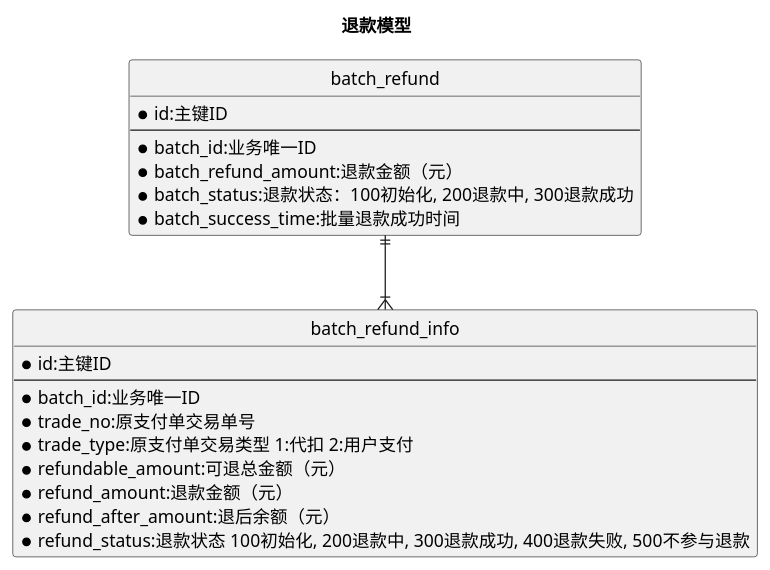
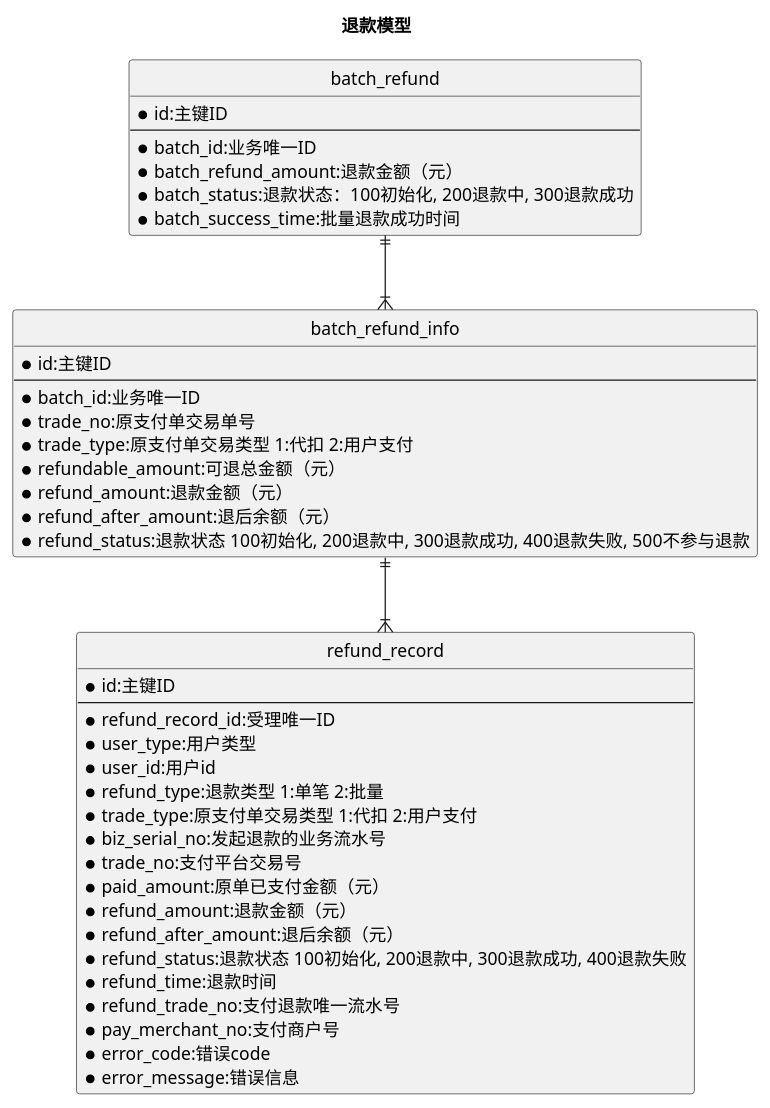
One commit to dictionaryshi/wxjj changed the diagram in diagram/EntityDemo.puml. Above: the diagram before and after it, drawn with PlantUML.

Commit message:
EntityDemo.puml

```diff
--- a/diagram/EntityDemo.puml
+++ b/diagram/EntityDemo.puml
@@ -1,35 +1,58 @@
 @startuml
 
 title 退款模型
 
 '隐藏类标'
 hide circle
 
 '使用直线'
 skinparam linetype ortho
 
 entity "batch_refund" {
 *id:主键ID
 --
 *batch_id:业务唯一ID
 *batch_refund_amount:退款金额（元）
 *batch_status:退款状态：100初始化, 200退款中, 300退款成功
 *batch_success_time:批量退款成功时间
 }
 
 entity "batch_refund_info" {
 *id:主键ID
 --
 *batch_id:业务唯一ID
 *trade_no:原支付单交易单号
 *trade_type:原支付单交易类型 1:代扣 2:用户支付
 *refundable_amount:可退总金额（元）
 *refund_amount:退款金额（元）
 *refund_after_amount:退后余额（元）
 *refund_status:退款状态 100初始化, 200退款中, 300退款成功, 400退款失败, 500不参与退款
 }
 
+entity "refund_record" {
+*id:主键ID
+--
+*refund_record_id:受理唯一ID
+*user_type:用户类型
+*user_id:用户id
+*refund_type:退款类型 1:单笔 2:批量
+*trade_type:原支付单交易类型 1:代扣 2:用户支付
+*biz_serial_no:发起退款的业务流水号
+*trade_no:支付平台交易号
+*paid_amount:原单已支付金额（元）
+*refund_amount:退款金额（元）
+*refund_after_amount:退后余额（元）
+*refund_status:退款状态 100初始化, 200退款中, 300退款成功, 400退款失败
+*refund_time:退款时间
+*refund_trade_no:支付退款唯一流水号
+*pay_merchant_no:支付商户号
+*error_code:错误code
+*error_message:错误信息
+}
+
 '一对多'
 batch_refund ||--|{ batch_refund_info
+'一对多'
+batch_refund_info ||--|{ refund_record
 
 @enduml
```
